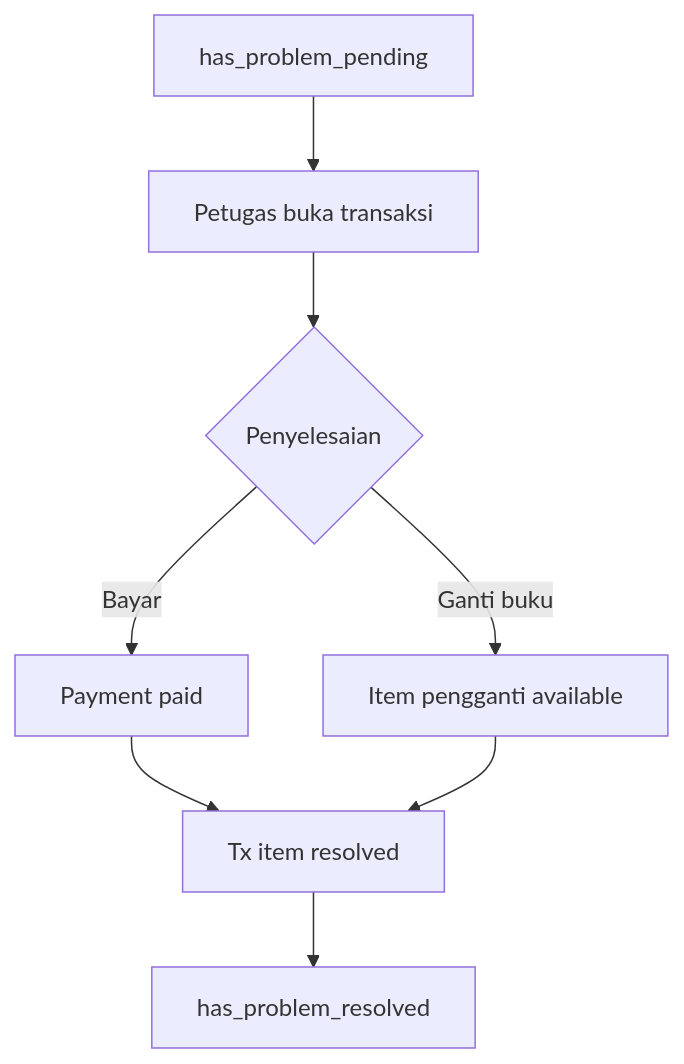
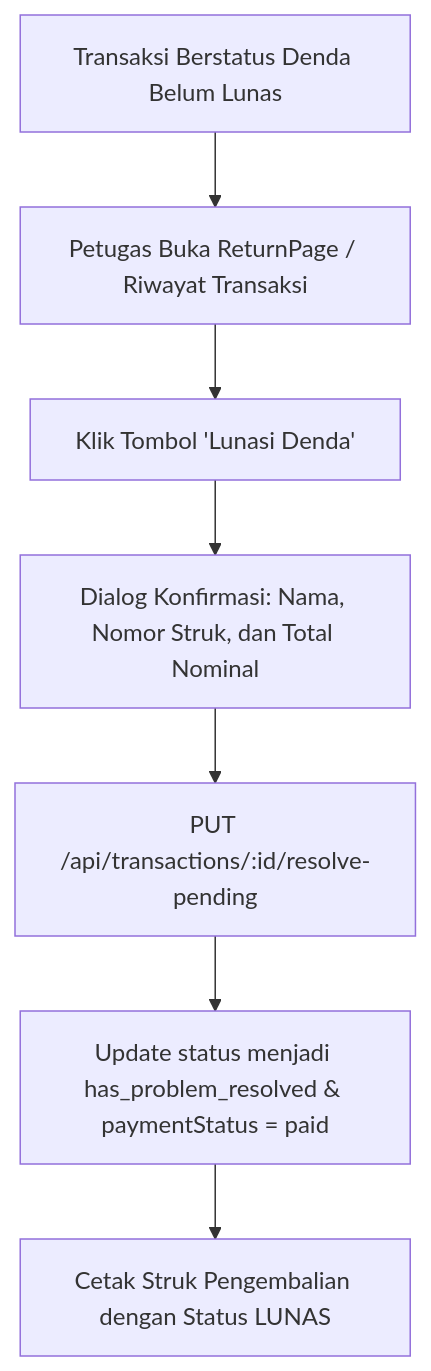
Diagram 13 of 16 in Readme.md (karinatantri/Perpustakaan), drawn with Mermaid before and after one commit. The commit also changed other lines of this file and 27 other files, not shown here.

````diff
--- a/Readme.md
+++ b/Readme.md
@@ -544,10 +649,9 @@
 ```mermaid
 flowchart TD
-  A[has_problem_pending] --> B[Petugas buka transaksi]
-  B --> C{Penyelesaian}
-  C -- Bayar --> D[Payment paid]
-  C -- Ganti buku --> E[Item pengganti available]
-  D --> F[Tx item resolved]
-  E --> F
-  F --> G[has_problem_resolved]
+  A["Transaksi Berstatus Denda Belum Lunas"] --> B["Petugas Buka ReturnPage / Riwayat Transaksi"]
+  B --> C["Klik Tombol 'Lunasi Denda'"]
+  C --> D["Dialog Konfirmasi: Nama, Nomor Struk, dan Total Nominal"]
+  D --> E["PUT /api/transactions/:id/resolve-pending"]
+  E --> F["Update status menjadi has_problem_resolved & paymentStatus = paid"]
+  F --> G["Cetak Struk Pengembalian dengan Status LUNAS"]
 ```
````
